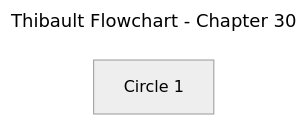
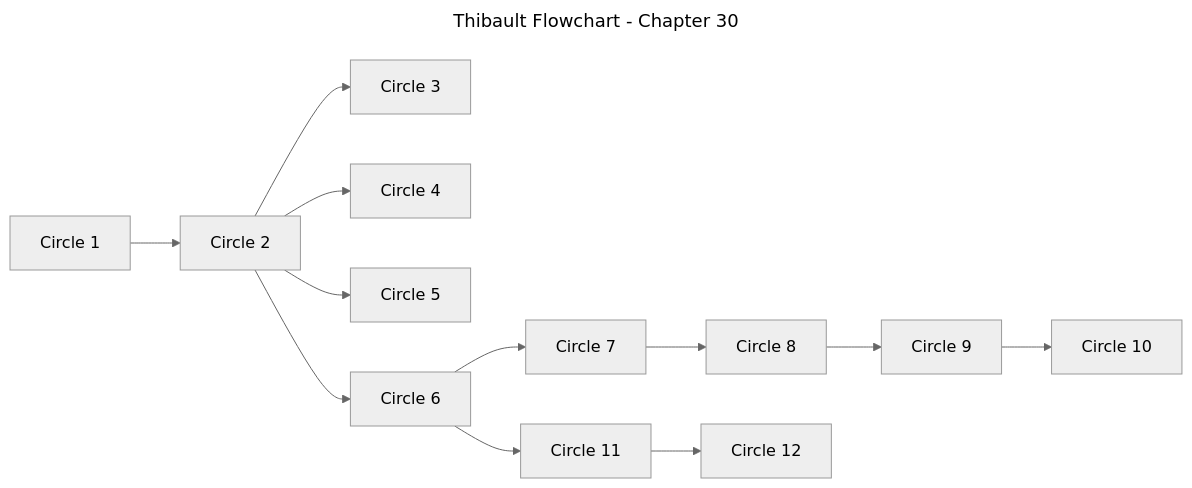
One commit to aquesnel/thibault-flowchart changed the diagram in flowchart-per-chapter/chapter-30.mmd. Above: the diagram before and after it, drawn with Mermaid (neutral theme).

Commit message:
feat(ch30): initial flowchart of the circles

```diff
--- a/flowchart-per-chapter/chapter-30.mmd
+++ b/flowchart-per-chapter/chapter-30.mmd
@@ -1,10 +1,34 @@
 ---
 title: Thibault Flowchart - Chapter 30
 config:
   layout: dagre
   flowchart:
     htmlLabels: false
 ---
 flowchart LR
 	%% Nodes
 	B1_T30_C01["Circle 1"]
+	B1_T30_C02["Circle 2"]
+	B1_T30_C03["Circle 3"]
+	B1_T30_C04["Circle 4"]
+	B1_T30_C05["Circle 5"]
+	B1_T30_C06["Circle 6"]
+	B1_T30_C07["Circle 7"]
+	B1_T30_C08["Circle 8"]
+	B1_T30_C09["Circle 9"]
+	B1_T30_C10["Circle 10"]
+	B1_T30_C11["Circle 11"]
+	B1_T30_C12["Circle 12"]
+
+	%% Edges
+	B1_T30_C01 --> B1_T30_C02
+	B1_T30_C02 --> B1_T30_C03
+	B1_T30_C02 --> B1_T30_C04
+	B1_T30_C02 --> B1_T30_C05
+	B1_T30_C02 --> B1_T30_C06
+	B1_T30_C06 --> B1_T30_C07
+	B1_T30_C07 --> B1_T30_C08
+	B1_T30_C08 --> B1_T30_C09
+	B1_T30_C09 --> B1_T30_C10
+	B1_T30_C06 --> B1_T30_C11
+	B1_T30_C11 --> B1_T30_C12
```
